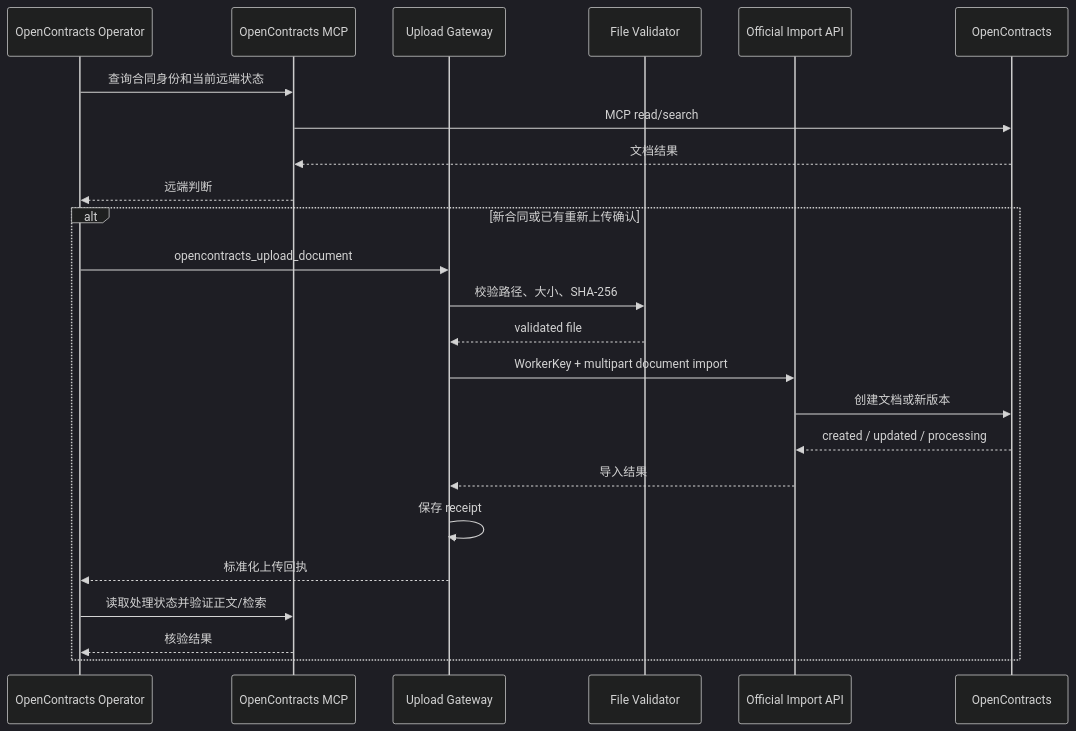
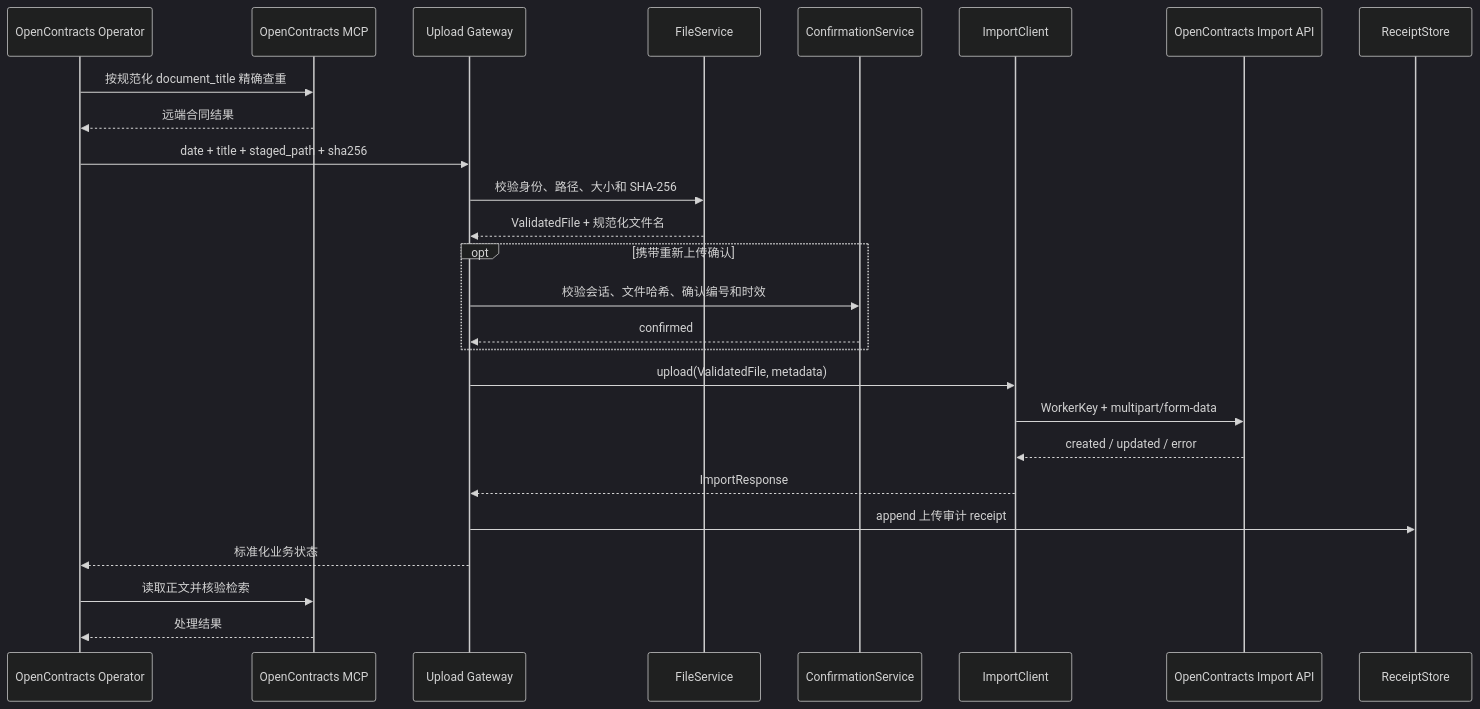
Before and after one commit to Ri0n72Y/ContractBotConfig: the second of 3 diagrams in plugins/astrbot_plugin_opencontracts_gateway/README.md, drawn with Mermaid (dark theme). The commit also changed other lines of this file and 43 other files, not shown here.

First line of the commit message:
Phase 2-A: move OpenContracts reads to MCP and split upload gateway (#3)

````diff
--- a/plugins/astrbot_plugin_opencontracts_gateway/README.md
+++ b/plugins/astrbot_plugin_opencontracts_gateway/README.md
@@ -51,27 +52,29 @@
 ```mermaid
 sequenceDiagram
     participant O as OpenContracts Operator
     participant M as OpenContracts MCP
     participant G as Upload Gateway
-    participant V as File Validator
-    participant I as Official Import API
-    participant C as OpenContracts
+    participant V as FileService
+    participant C as ConfirmationService
+    participant I as ImportClient
+    participant API as OpenContracts Import API
+    participant R as ReceiptStore
 
-    O->>M: 查询合同身份和当前远端状态
-    M->>C: MCP read/search
-    C-->>M: 文档结果
-    M-->>O: 远端判断
-    alt 新合同或已有重新上传确认
-        O->>G: opencontracts_upload_document
-        G->>V: 校验路径、大小、SHA-256
-        V-->>G: validated file
-        G->>I: WorkerKey + multipart document import
-        I->>C: 创建文档或新版本
-        C-->>I: created / updated / processing
-        I-->>G: 导入结果
-        G->>G: 保存 receipt
-        G-->>O: 标准化上传回执
-        O->>M: 读取处理状态并验证正文/检索
-        M-->>O: 核验结果
+    O->>M: 按规范化 document_title 精确查重
+    M-->>O: 远端合同结果
+    O->>G: date + title + staged_path + sha256
+    G->>V: 校验身份、路径、大小和 SHA-256
+    V-->>G: ValidatedFile + 规范化文件名
+    opt 携带重新上传确认
+        G->>C: 校验会话、文件哈希、确认编号和时效
+        C-->>G: confirmed
     end
+    G->>I: upload(ValidatedFile, metadata)
+    I->>API: WorkerKey + multipart/form-data
+    API-->>I: created / updated / error
+    I-->>G: ImportResponse
+    G->>R: append 上传审计 receipt
+    G-->>O: 标准化业务状态
+    O->>M: 读取正文并核验检索
+    M-->>O: 处理结果
 ```
````
